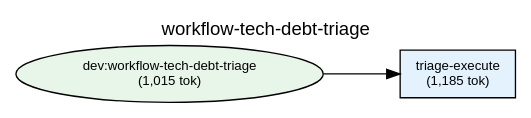
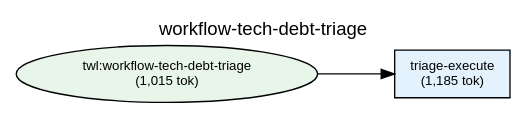
Before and after one commit to shuu5/twill: the diagram in plugins/twl/docs/deps-workflow-tech-debt-triage.dot, drawn with Graphviz. The commit also changed 19 other files, not shown here.

```diff
--- a/plugins/twl/docs/deps-workflow-tech-debt-triage.dot
+++ b/plugins/twl/docs/deps-workflow-tech-debt-triage.dot
@@ -1,40 +1,40 @@
 digraph Dependencies {
     // Graph settings
     rankdir=LR;
     ranksep=0.8;
     nodesep=0.3;
     fontname="Helvetica";
     node [fontname="Helvetica", fontsize=10];
     edge [fontname="Helvetica", fontsize=9];
     label="workflow-tech-debt-triage";
     labelloc=t;
     fontsize=14;
 
     // L0: Controller Skills
 
     // L0: Launchers
 
     // L0.5: Workflow Skills
-    skill_workflow_tech_debt_triage [label="dev:workflow-tech-debt-triage\n(1,015 tok)", shape=ellipse, style=filled, fillcolor="#e8f5e9"];
+    skill_workflow_tech_debt_triage [label="twl:workflow-tech-debt-triage\n(1,015 tok)", shape=ellipse, style=filled, fillcolor="#e8f5e9"];
 
     // Reference Skills
 
     // L1: Direct Commands
     cmd_triage_execute [label="triage-execute\n(1,185 tok)", shape=box, style=filled, fillcolor="#e3f2fd"];
 
     // L2: Sub Commands
 
     // L3: Agents
 
     // L3.5: Scripts
 
     // L4: External
 
     // Layer constraints
     { rank=same; skill_workflow_tech_debt_triage; }
     { rank=same; cmd_triage_execute; }
 
     // Edges
     skill_workflow_tech_debt_triage -> cmd_triage_execute;
 
 }
```
